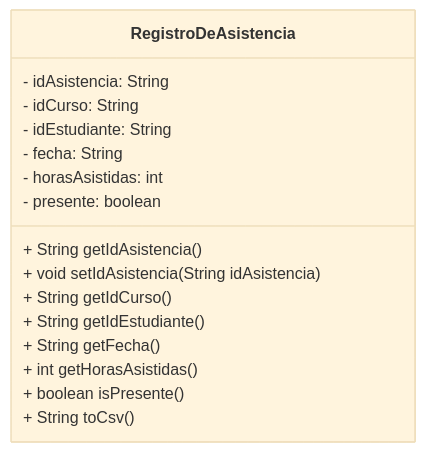
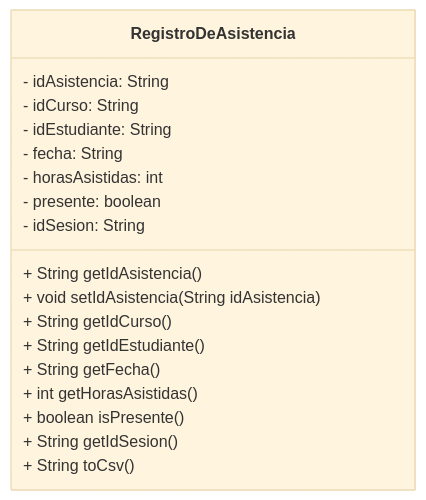
One commit to Aireck2/take-attendance-java changed the diagram in docs/models/RegistroDeAsistencia.mmd. Above: the diagram before and after it, drawn with Mermaid (base theme). The commit also changed 14 other files, not shown here.

```diff
--- a/docs/models/RegistroDeAsistencia.mmd
+++ b/docs/models/RegistroDeAsistencia.mmd
@@ -1,17 +1,19 @@
 classDiagram
         class RegistroDeAsistencia {
             - idAsistencia: String
             - idCurso: String
             - idEstudiante: String
             - fecha: String
             - horasAsistidas: int
             - presente: boolean
+            - idSesion: String
             + String getIdAsistencia()
             + void setIdAsistencia(String idAsistencia)
             + String getIdCurso()
             + String getIdEstudiante()
             + String getFecha()
             + int getHorasAsistidas()
             + boolean isPresente()
+            + String getIdSesion()
             + String toCsv()
     }
```
